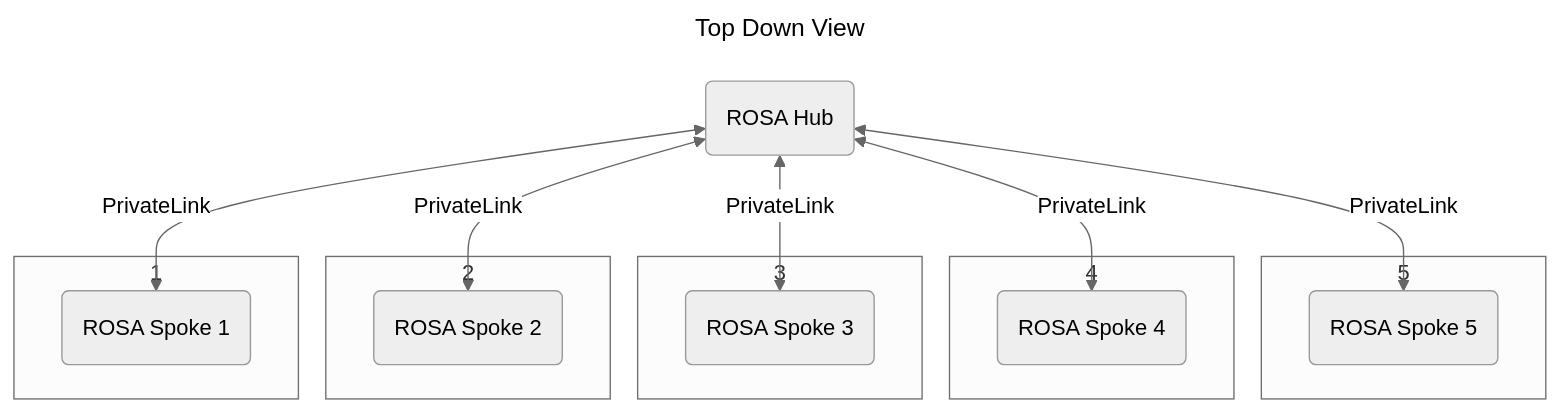
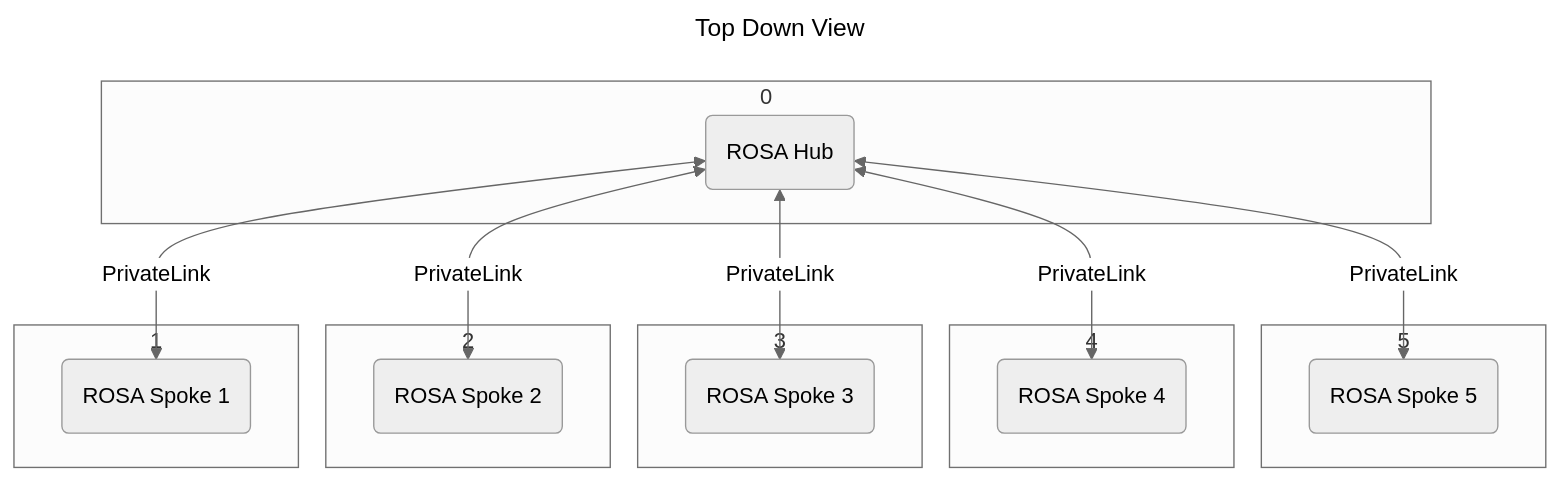
Before and after one commit to rosa-as-a-service/hub-rosa-gitops: the diagram in README.md, drawn with Mermaid (neutral theme).

Commit message:
Update graph

````diff
--- a/README.md
+++ b/README.md
@@ -26,33 +26,41 @@
 ```mermaid
 ---
 title: Top Down View
 ---
 flowchart TD;
     hub(ROSA Hub)
     spoke1(ROSA Spoke 1)
     spoke2(ROSA Spoke 2)
     spoke3(ROSA Spoke 3)
     spoke4(ROSA Spoke 4)
     spoke5(ROSA Spoke 5)
 
+    subgraph 0
+    hub
+    end
+
     subgraph 1
     spoke1
     end
     hub<-- PrivateLink -->spoke1
+
     subgraph 2
     spoke2
     end
     hub<-- PrivateLink -->spoke2
+
     subgraph 3
     spoke3
     end
     hub<-- PrivateLink -->spoke3
+
     subgraph 4
     spoke4
     end
     hub<-- PrivateLink -->spoke4
+
     subgraph 5
     spoke5
     end
     hub<-- PrivateLink -->spoke5
 ```
````
